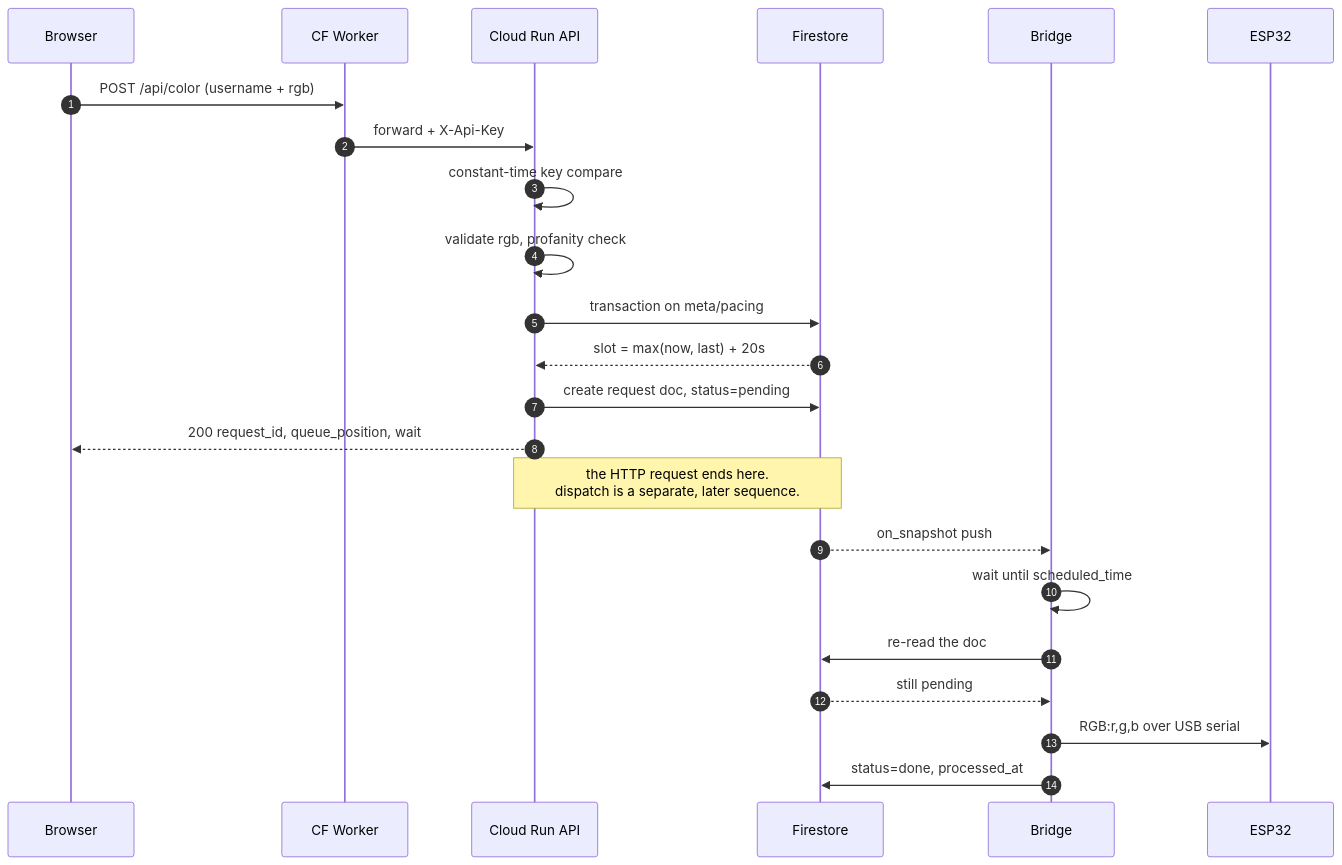
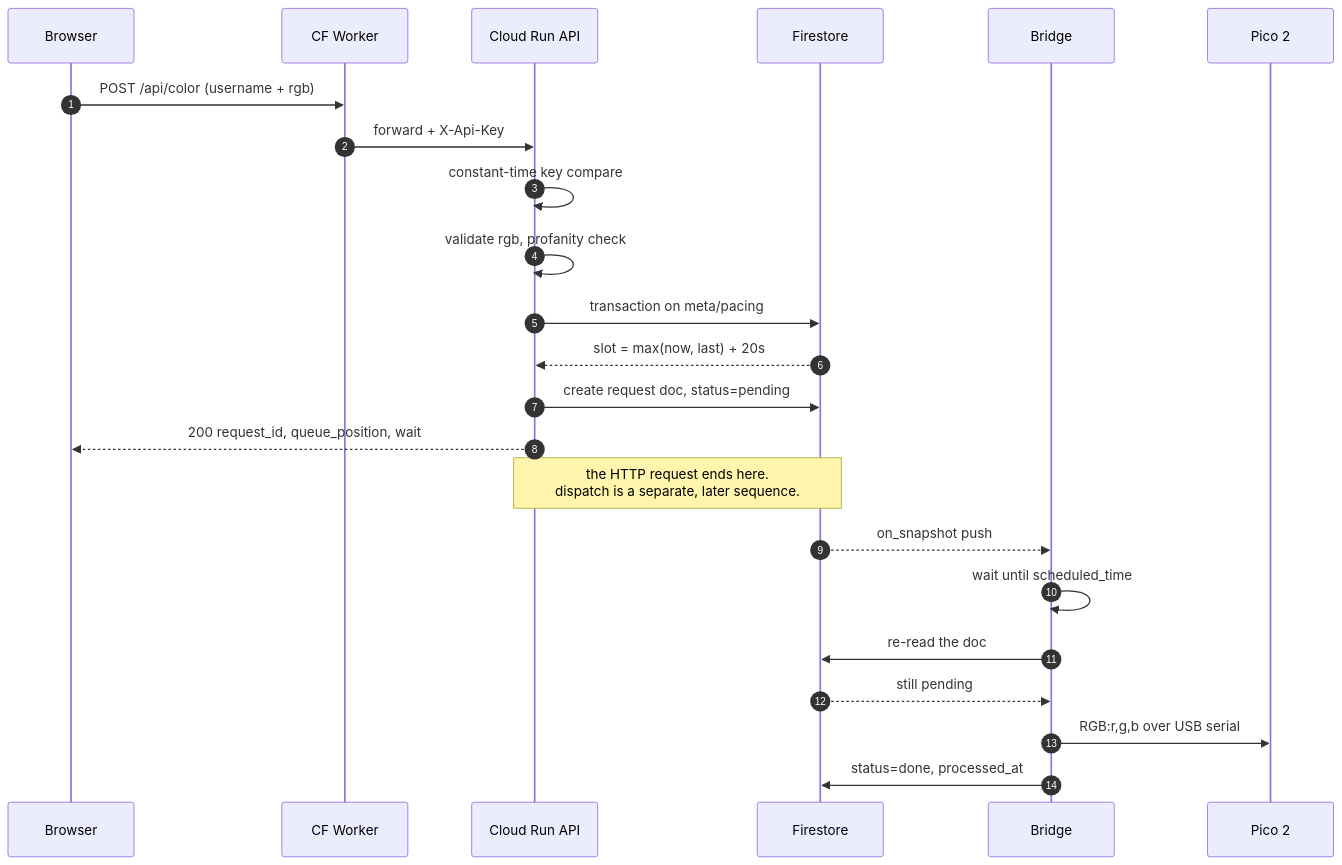
One commit to nrodd/rgboo changed the second of 3 diagrams in docs/architecture.md. Above: the diagram before and after it, drawn with Mermaid. The commit also changed other lines of this file and 14 other files, not shown here.

````diff
--- a/docs/architecture.md
+++ b/docs/architecture.md
@@ -73,26 +73,26 @@
 ```mermaid
 sequenceDiagram
   autonumber
   participant B as Browser
   participant W as CF Worker
   participant A as Cloud Run API
   participant FS as Firestore
   participant BR as Bridge
-  participant E as ESP32
+  participant E as Pico 2
 
   B->>W: POST /api/color (username + rgb)
   W->>A: forward + X-Api-Key
   A->>A: constant-time key compare
   A->>A: validate rgb, profanity check
   A->>FS: transaction on meta/pacing
   FS-->>A: slot = max(now, last) + 20s
   A->>FS: create request doc, status=pending
   A-->>B: 200 request_id, queue_position, wait
   Note over A,FS: the HTTP request ends here.<br/>dispatch is a separate, later sequence.
   FS-->>BR: on_snapshot push
   BR->>BR: wait until scheduled_time
   BR->>FS: re-read the doc
   FS-->>BR: still pending
   BR->>E: RGB:r,g,b over USB serial
   BR->>FS: status=done, processed_at
 ```
````
